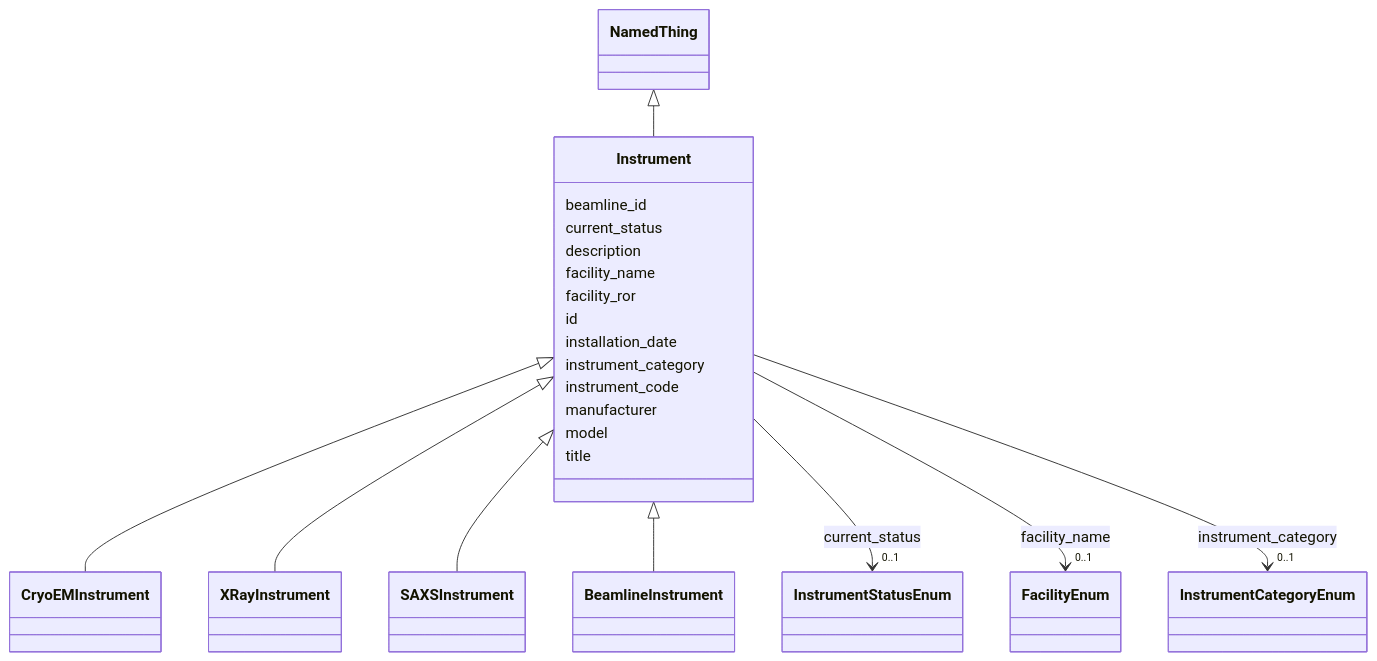
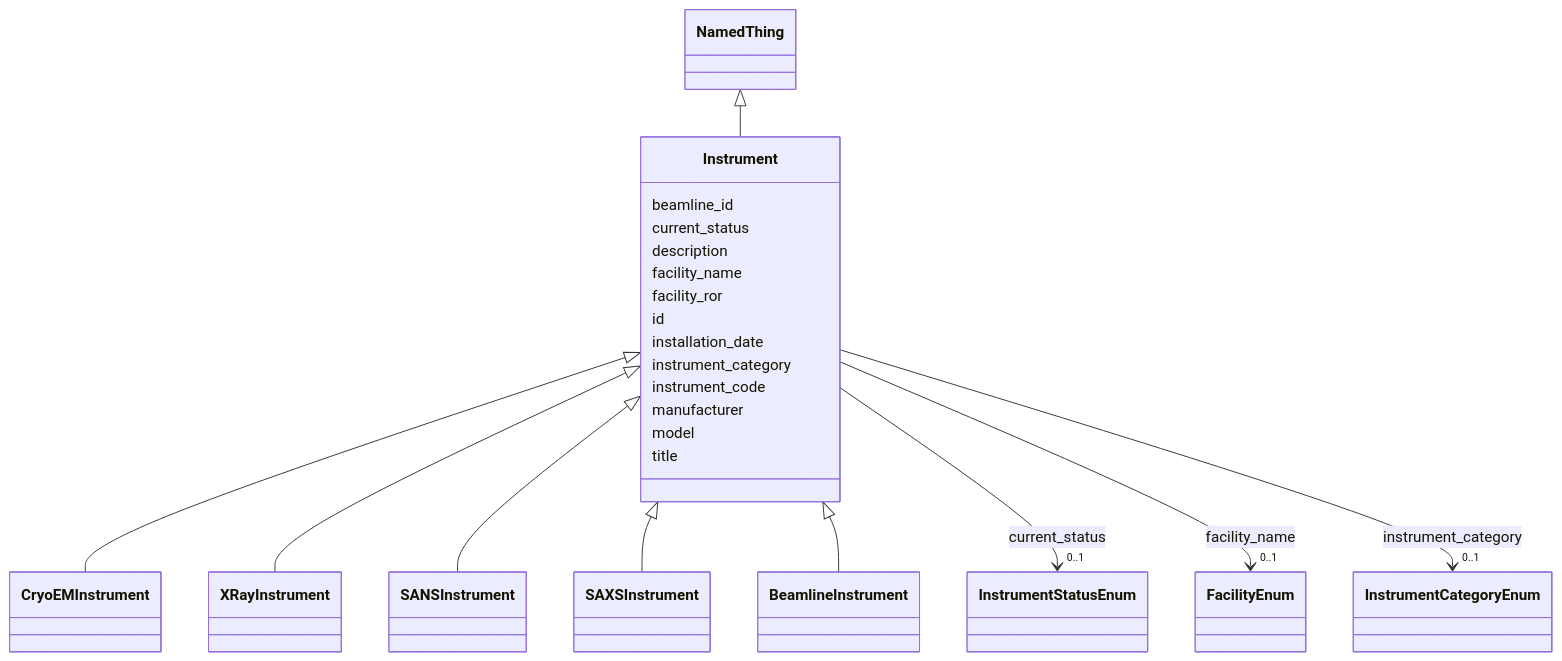
Before and after one commit to lambda-ber/lambda-ber-schema: the diagram in docs/elements/Instrument.md, drawn with Mermaid. The commit also changed other lines of this file and 839 other files, not shown here.

Commit message:
Update schema artifacts, including docs

````diff
--- a/docs/elements/Instrument.md
+++ b/docs/elements/Instrument.md
@@ -18,71 +18,73 @@
 ```mermaid
  classDiagram
     class Instrument
     click Instrument href "../Instrument/"
       NamedThing <|-- Instrument
         click NamedThing href "../NamedThing/"
       
 
       Instrument <|-- CryoEMInstrument
         click CryoEMInstrument href "../CryoEMInstrument/"
       Instrument <|-- XRayInstrument
         click XRayInstrument href "../XRayInstrument/"
+      Instrument <|-- SANSInstrument
+        click SANSInstrument href "../SANSInstrument/"
       Instrument <|-- SAXSInstrument
         click SAXSInstrument href "../SAXSInstrument/"
       Instrument <|-- BeamlineInstrument
         click BeamlineInstrument href "../BeamlineInstrument/"
       
 
       Instrument : beamline_id
         
       Instrument : current_status
         
           
     
         
         
         Instrument --> "0..1" InstrumentStatusEnum : current_status
         click InstrumentStatusEnum href "../InstrumentStatusEnum/"
     
 
         
       Instrument : description
         
       Instrument : facility_name
         
           
     
         
         
         Instrument --> "0..1" FacilityEnum : facility_name
         click FacilityEnum href "../FacilityEnum/"
     
 
         
       Instrument : facility_ror
         
       Instrument : id
         
       Instrument : installation_date
         
       Instrument : instrument_category
         
           
     
         
         
         Instrument --> "0..1" InstrumentCategoryEnum : instrument_category
         click InstrumentCategoryEnum href "../InstrumentCategoryEnum/"
     
 
         
       Instrument : instrument_code
         
       Instrument : manufacturer
         
       Instrument : model
         
       Instrument : title
         
       
 ```
````
